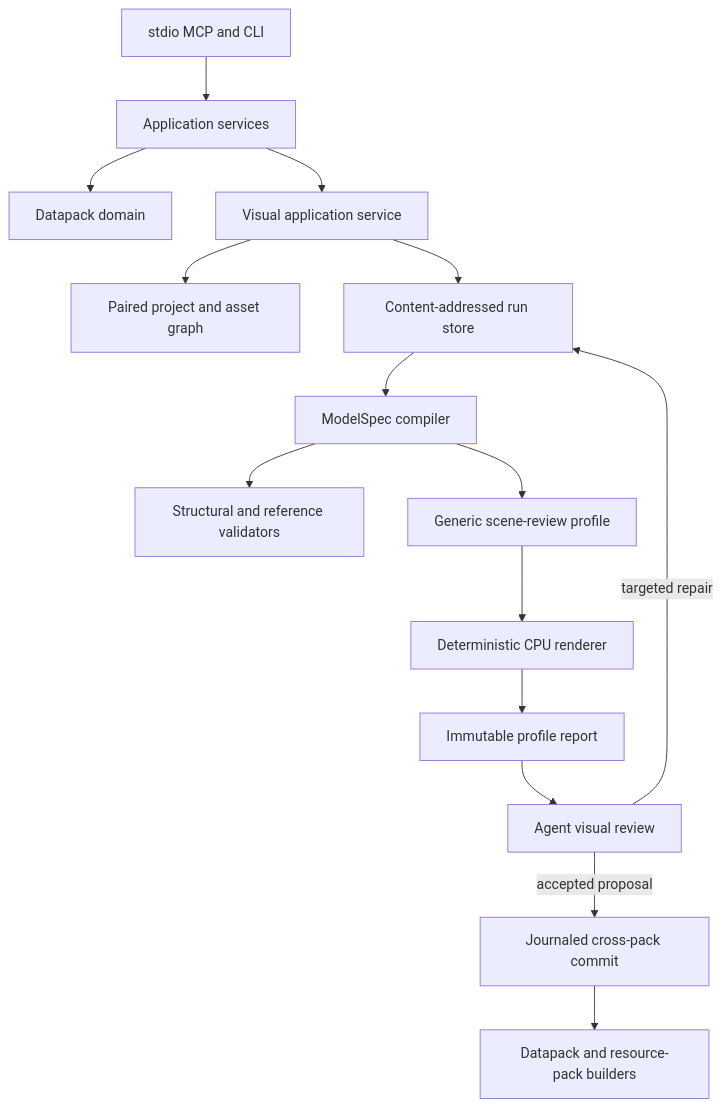
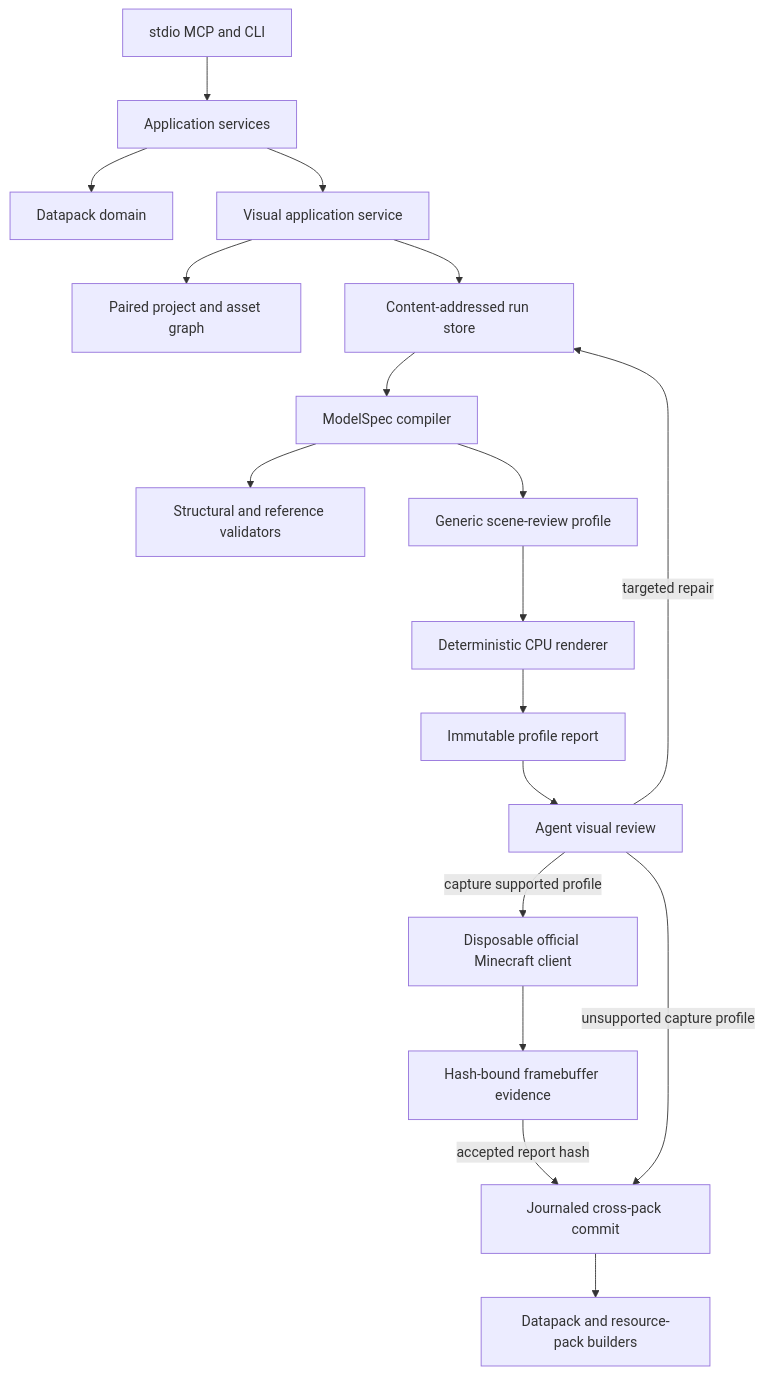
One commit to rithwikbabu/packwright-mcp changed the diagram in docs/architecture.md. Above: the diagram before and after it, drawn with Mermaid. The commit also changed other lines of this file and 95 other files, not shown here.

Commit message:
feat: add official Minecraft client renderer capture

````diff
--- a/docs/architecture.md
+++ b/docs/architecture.md
@@ -7,17 +7,20 @@
 ```mermaid
 flowchart TD
     A["stdio MCP and CLI"] --> B["Application services"]
     B --> C["Datapack domain"]
     B --> D["Visual application service"]
     D --> E["Paired project and asset graph"]
     D --> F["Content-addressed run store"]
     F --> G["ModelSpec compiler"]
     G --> H["Structural and reference validators"]
     G --> I["Generic scene-review profile"]
     I --> J["Deterministic CPU renderer"]
     J --> M["Immutable profile report"]
     M --> N["Agent visual review"]
     N -->|"targeted repair"| F
-    N -->|"accepted proposal"| K["Journaled cross-pack commit"]
+    N -->|"capture supported profile"| O["Disposable official Minecraft client"]
+    O --> P["Hash-bound framebuffer evidence"]
+    P -->|"accepted report hash"| K["Journaled cross-pack commit"]
+    N -->|"unsupported capture profile"| K
     K --> L["Datapack and resource-pack builders"]
 ```
````
